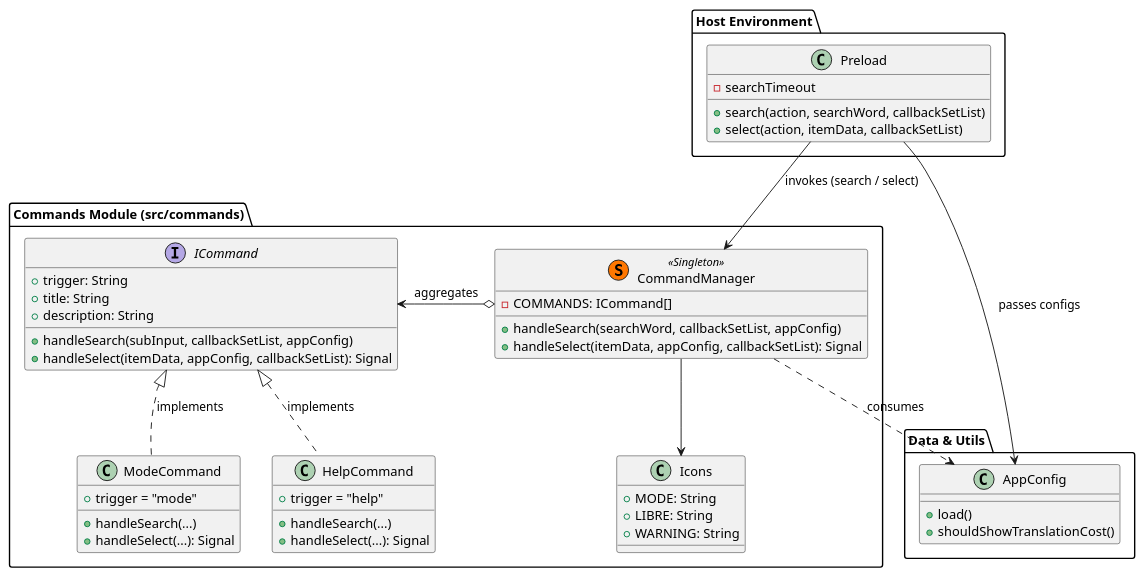
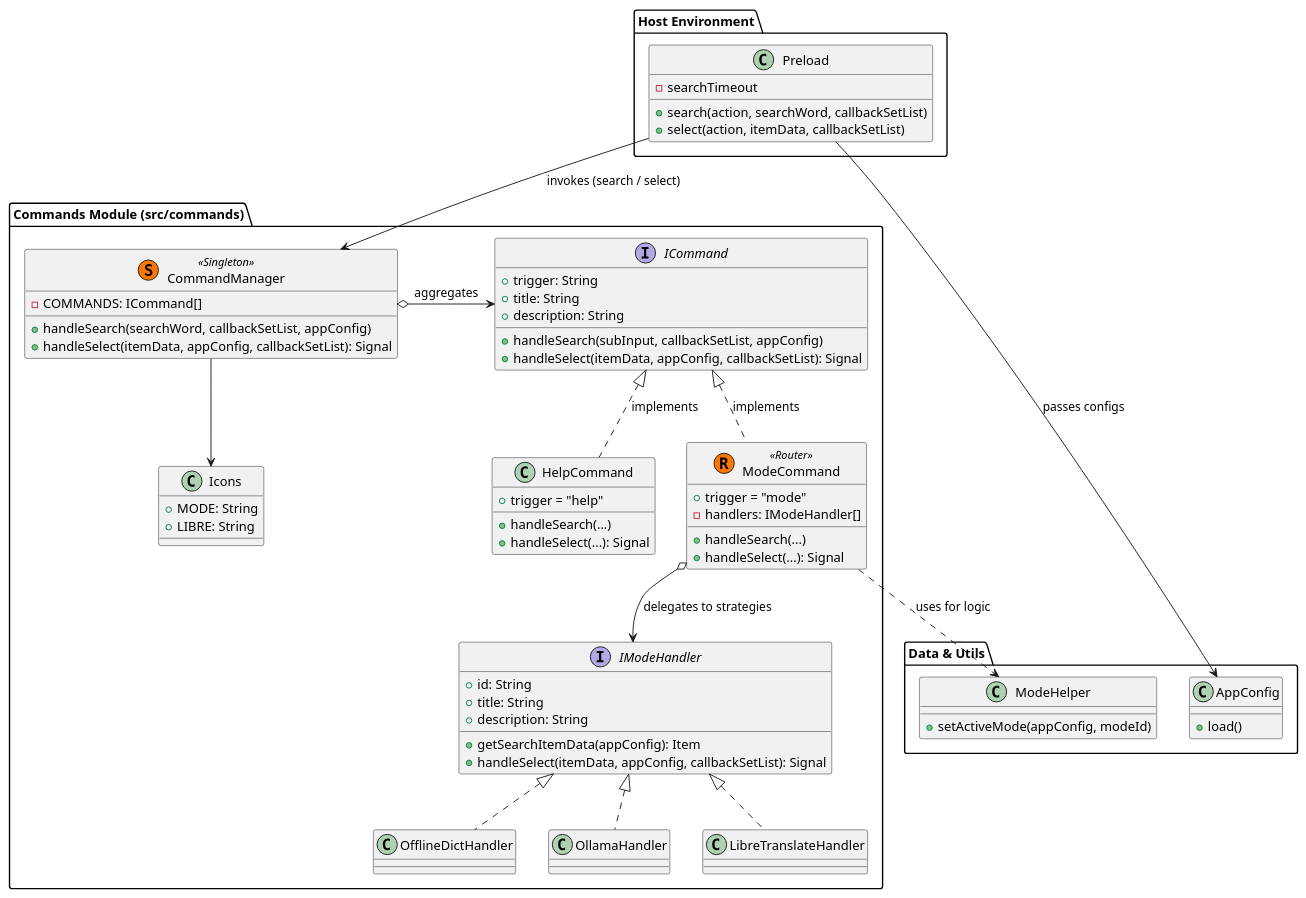
The first of 2 diagrams in doc/design/模式切换.md (zhougy0717/utools_local_translate), drawn with PlantUML before and after one commit. The commit also changed other lines of this file, not shown here.

Commit message:
docs(mode): refresh design document to reflect strategy pattern refactoring

````diff
--- a/doc/design/模式切换.md
+++ b/doc/design/模式切换.md
@@ -13,63 +13,78 @@
 ```plantuml
 @startuml
 skinparam maxMessageSize 250
 skinparam genericDisplay old
 
 package "Host Environment" {
     class Preload {
         - searchTimeout
         + search(action, searchWord, callbackSetList)
         + select(action, itemData, callbackSetList)
     }
 }
 
 package "Commands Module (src/commands)" {
     class CommandManager << (S,#FF7700) Singleton >> {
         - COMMANDS: ICommand[]
         + handleSearch(searchWord, callbackSetList, appConfig)
         + handleSelect(itemData, appConfig, callbackSetList): Signal
     }
 
     interface ICommand {
         + trigger: String 
         + title: String
         + description: String
         + handleSearch(subInput, callbackSetList, appConfig)
         + handleSelect(itemData, appConfig, callbackSetList): Signal
     }
 
-    class ModeCommand {
+    class ModeCommand << (R,#FF7700) Router >> {
         + trigger = "mode"
+        - handlers: IModeHandler[]
         + handleSearch(...)
         + handleSelect(...): Signal
     }
+
+    interface IModeHandler {
+        + id: String
+        + title: String
+        + description: String
+        + getSearchItemData(appConfig): Item
+        + handleSelect(itemData, appConfig, callbackSetList): Signal
+    }
+
+    class OfflineDictHandler implements IModeHandler
+    class OllamaHandler implements IModeHandler
+    class LibreTranslateHandler implements IModeHandler
 
     class HelpCommand {
         + trigger = "help"
         + handleSearch(...)
         + handleSelect(...): Signal
     }
     
     class Icons {
         + MODE: String
         + LIBRE: String
-        + WARNING: String
     }
 }
 
 package "Data & Utils" {
     class AppConfig {
         + load()
-        + shouldShowTranslationCost()
+    }
+    class ModeHelper {
+        + setActiveMode(appConfig, modeId)
     }
 }
 
 Preload --> CommandManager : invokes (search / select)
 CommandManager o-> ICommand : aggregates
 ICommand <|.. ModeCommand : implements
 ICommand <|.. HelpCommand : implements
+ModeCommand o--> IModeHandler : delegates to strategies
 CommandManager --> Icons
 Preload --> AppConfig : passes configs
-CommandManager ..> AppConfig : consumes
+ModeCommand ..> ModeHelper : uses for logic
 @enduml
 ```
````
